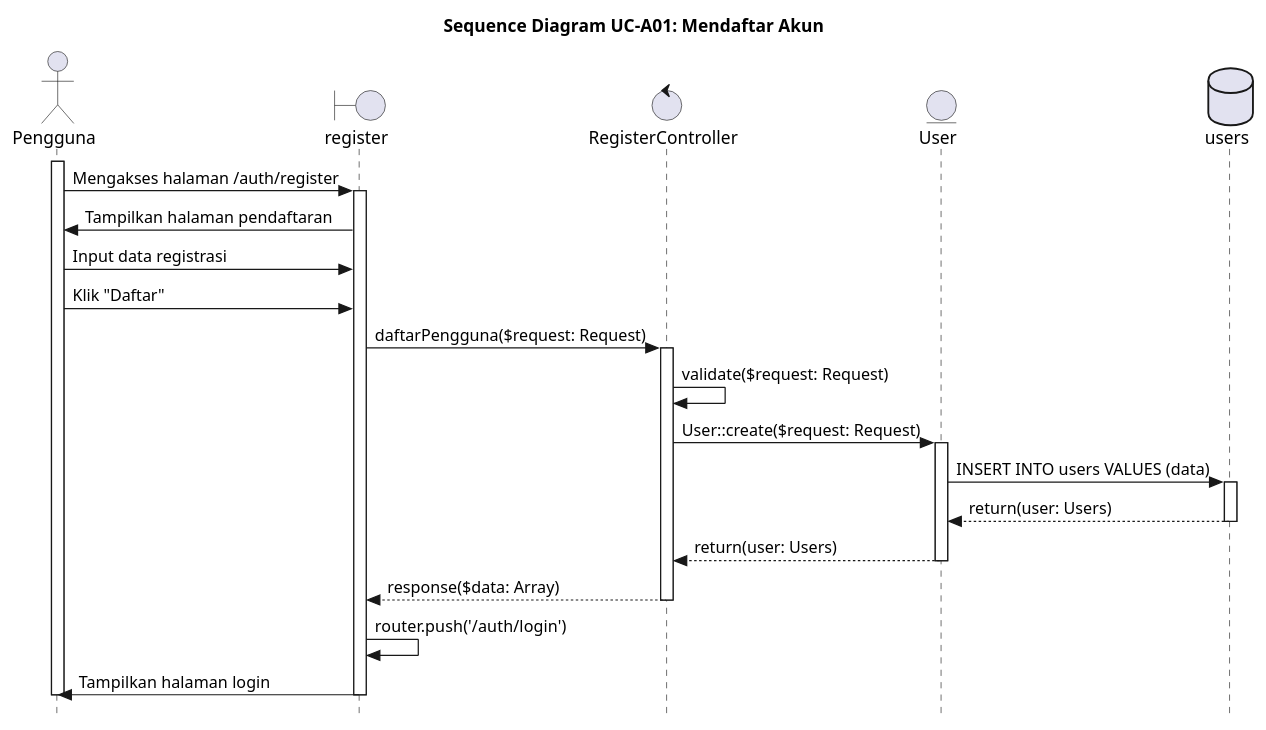
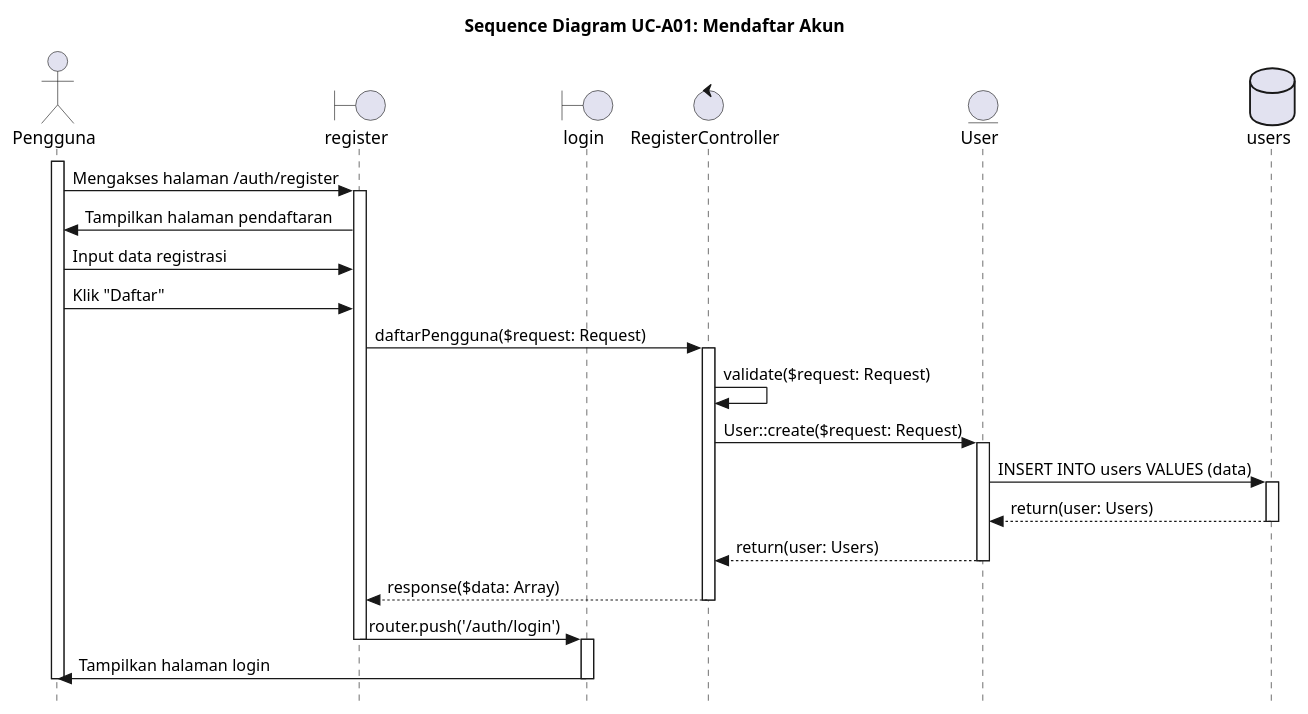
One commit to alfiahnurfa/RSI-PROYEK-AKHIR-SEQUENCE changed the diagram in UC-A01.PUML. Above: the diagram before and after it, drawn with PlantUML. The commit also changed 8 other files, not shown here.

Commit message:
fix bbrp sequence diagram

```diff
--- a/UC-A01.PUML
+++ b/UC-A01.PUML
@@ -1,47 +1,50 @@
 @startuml SD-UC-A01_MendaftarAkun
 title Sequence Diagram UC-A01: Mendaftar Akun
 skinparam style strictuml
 
 actor Pengguna
 boundary register
+boundary login
 control RegisterController
 entity User
 database users
 
 activate Pengguna
 Pengguna -> register : Mengakses halaman /auth/register
 activate register
 
 register -> Pengguna : Tampilkan halaman pendaftaran
 
 Pengguna -> register : Input data registrasi
 
 Pengguna -> register : Klik "Daftar"
 
 register -> RegisterController : daftarPengguna($request: Request)
 activate RegisterController
 
 RegisterController -> RegisterController : validate($request: Request)
 
 RegisterController -> User : User::create($request: Request)
 activate User
 
 User -> users : INSERT INTO users VALUES (data)
 activate users
 
 users --> User : return(user: Users)
 deactivate users
 
 User --> RegisterController : return(user: Users)
 deactivate User
 
 RegisterController --> register : response($data: Array)
 deactivate RegisterController
 
-register -> register : router.push('/auth/login')
+register -> login : router.push('/auth/login')
+deactivate register
+activate login
 
-register -> Pengguna : Tampilkan halaman login
-deactivate register
+login -> Pengguna : Tampilkan halaman login
+deactivate login
 deactivate Pengguna
 
 @enduml
```
